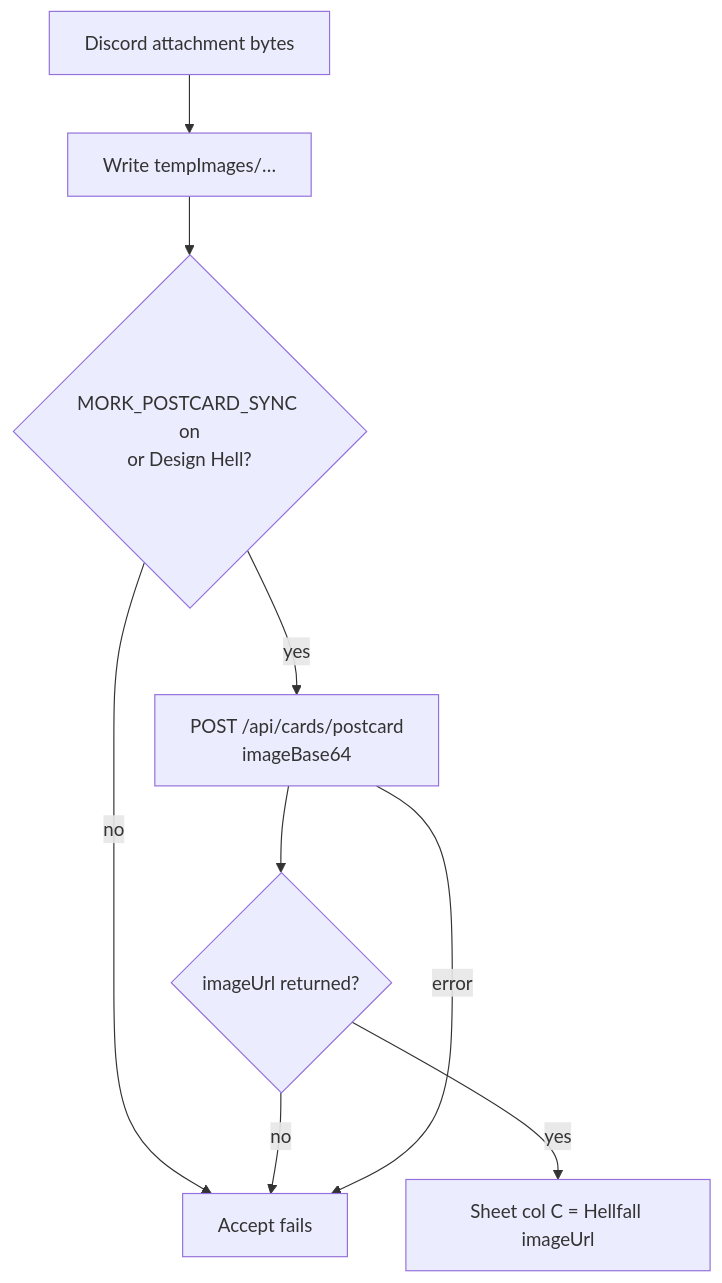
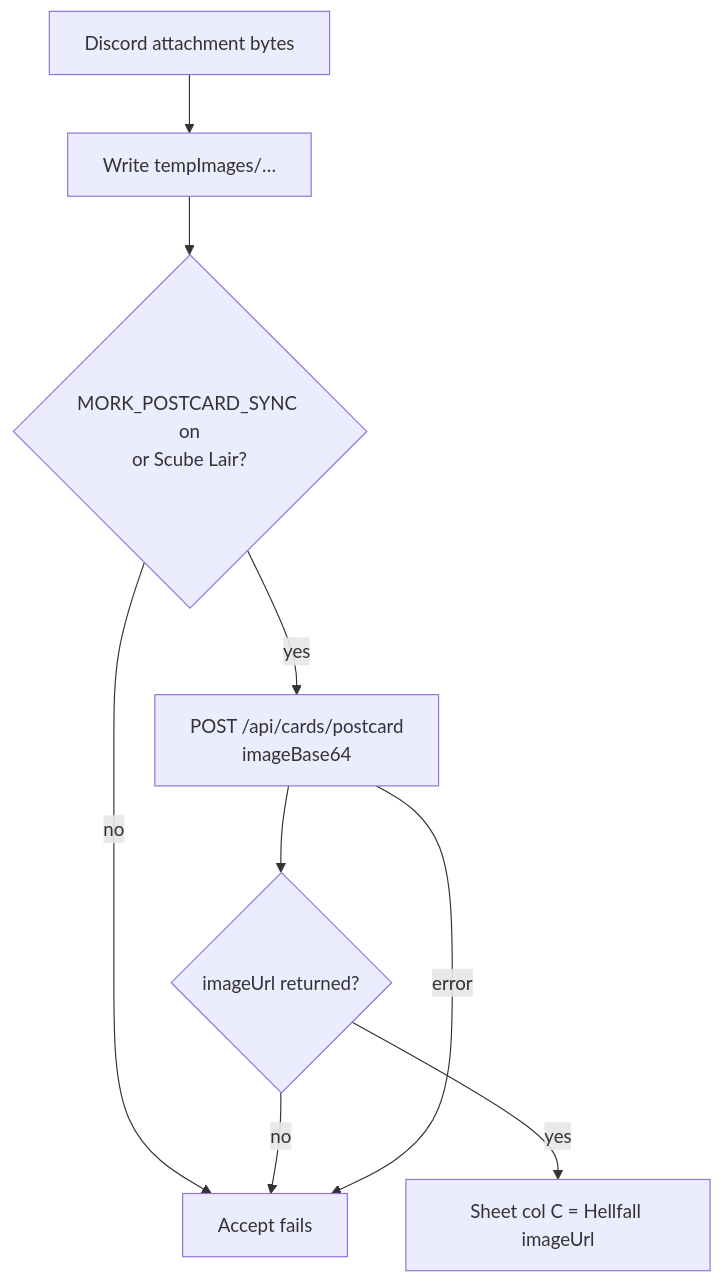
The third of 3 diagrams in docs/card-flows/acceptance.md (bones-bones/mork), drawn with Mermaid before and after one commit. The commit also changed other lines of this file and 86 other files, not shown here.

````diff
--- a/docs/card-flows/acceptance.md
+++ b/docs/card-flows/acceptance.md
@@ -74,11 +74,11 @@
 ```mermaid
 flowchart TD
   IN["Discord attachment bytes"] --> TMP["Write tempImages/…"]
-  TMP --> SYNC{"MORK_POSTCARD_SYNC on<br/>or Design Hell?"}
+  TMP --> SYNC{"MORK_POSTCARD_SYNC on<br/>or Scube Lair?"}
   SYNC -->|no| FAIL["Accept fails"]
   SYNC -->|yes| B64["POST /api/cards/postcard<br/>imageBase64"]
   B64 --> OK{"imageUrl returned?"}
   OK -->|yes| URL["Sheet col C = Hellfall imageUrl"]
   OK -->|no| FAIL
   B64 -->|error| FAIL
 ```
````
